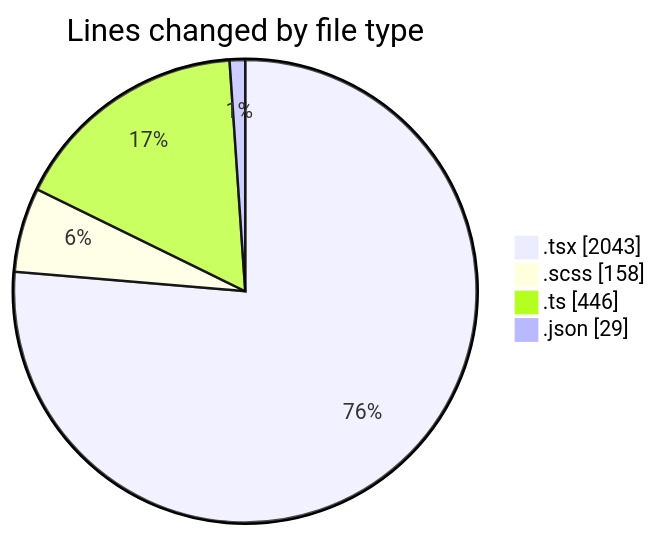
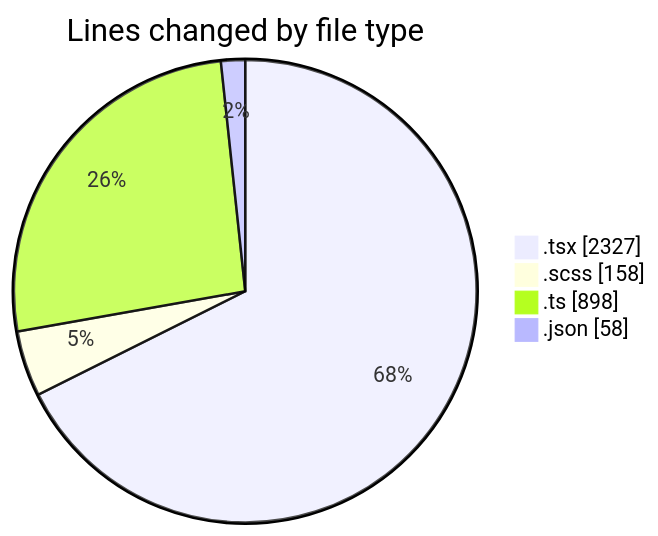
Before and after one commit to momahboobian/code-tracking: the first of 2 diagrams in 2026-09-04/cda/README.md, drawn with Mermaid. The commit also changed other lines of this file and 1 other file, not shown here.

````diff
--- a/2026-09-04/cda/README.md
+++ b/2026-09-04/cda/README.md
@@ -55,8 +57,8 @@
 ```mermaid
 pie showData
 title Lines changed by file type
-".tsx" : 2043
+".tsx" : 2327
 ".scss" : 158
-".ts" : 446
-".json" : 29
+".ts" : 898
+".json" : 58
 ```
````
